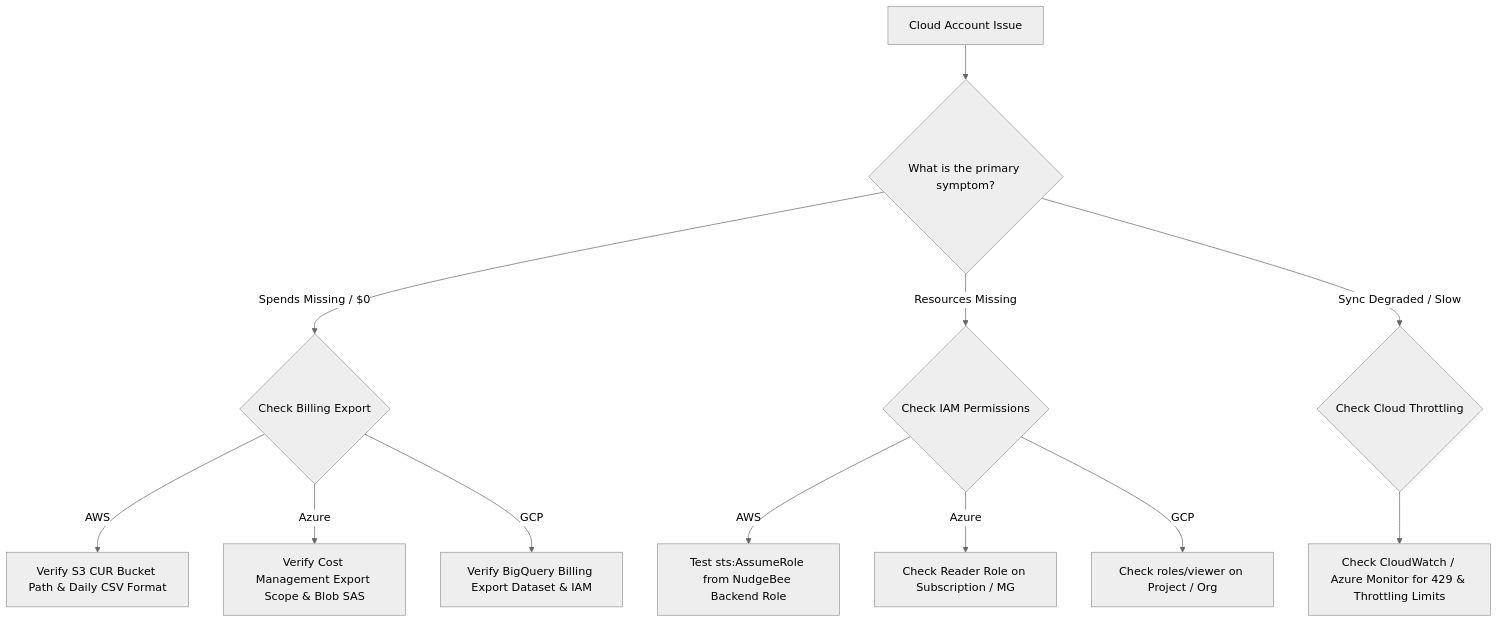
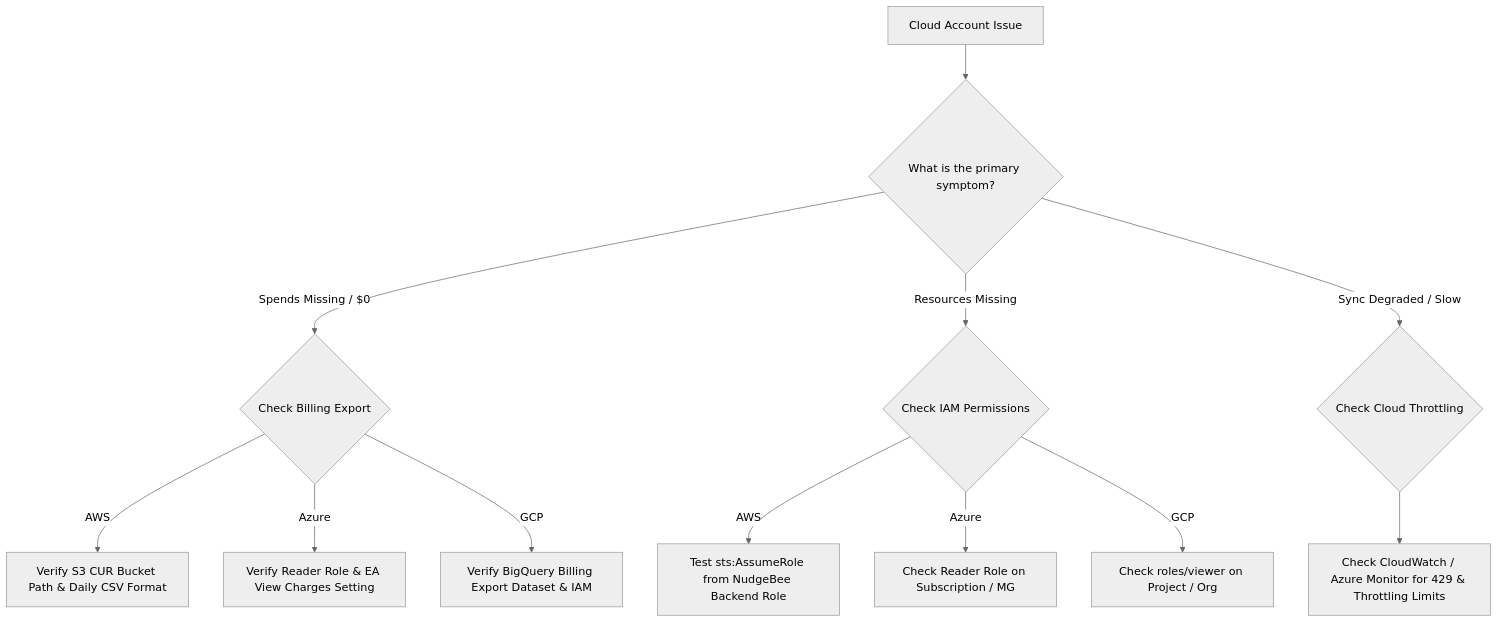
The diagram in doc-server/docs/features/Cloud/troubleshooting.md (nudgebee/nudgebee-docs), drawn with Mermaid (neutral theme) before and after one commit. The commit also changed 4 other files, not shown here.

First line of the commit message:
docs(collector): Azure Reader role already covers cost data

````diff
--- a/doc-server/docs/features/Cloud/troubleshooting.md
+++ b/doc-server/docs/features/Cloud/troubleshooting.md
@@ -19,17 +19,17 @@
 ```mermaid
 flowchart TD
     Start[Cloud Account Issue] --> Problem{What is the primary symptom?}
 
     Problem -->|Spends Missing / $0| S1{Check Billing Export}
     S1 -->|AWS| S2[Verify S3 CUR Bucket Path & Daily CSV Format]
-    S1 -->|Azure| S3[Verify Cost Management Export Scope & Blob SAS]
+    S1 -->|Azure| S3[Verify Reader Role & EA View Charges Setting]
     S1 -->|GCP| S4[Verify BigQuery Billing Export Dataset & IAM]
 
     Problem -->|Resources Missing| R1{Check IAM Permissions}
     R1 -->|AWS| R2[Test sts:AssumeRole from NudgeBee Backend Role]
     R1 -->|Azure| R3[Check Reader Role on Subscription / MG]
     R1 -->|GCP| R4[Check roles/viewer on Project / Org]
 
     Problem -->|Sync Degraded / Slow| T1{Check Cloud Throttling}
     T1 --> T2[Check CloudWatch / Azure Monitor for 429 & Throttling Limits]
 ```
````
